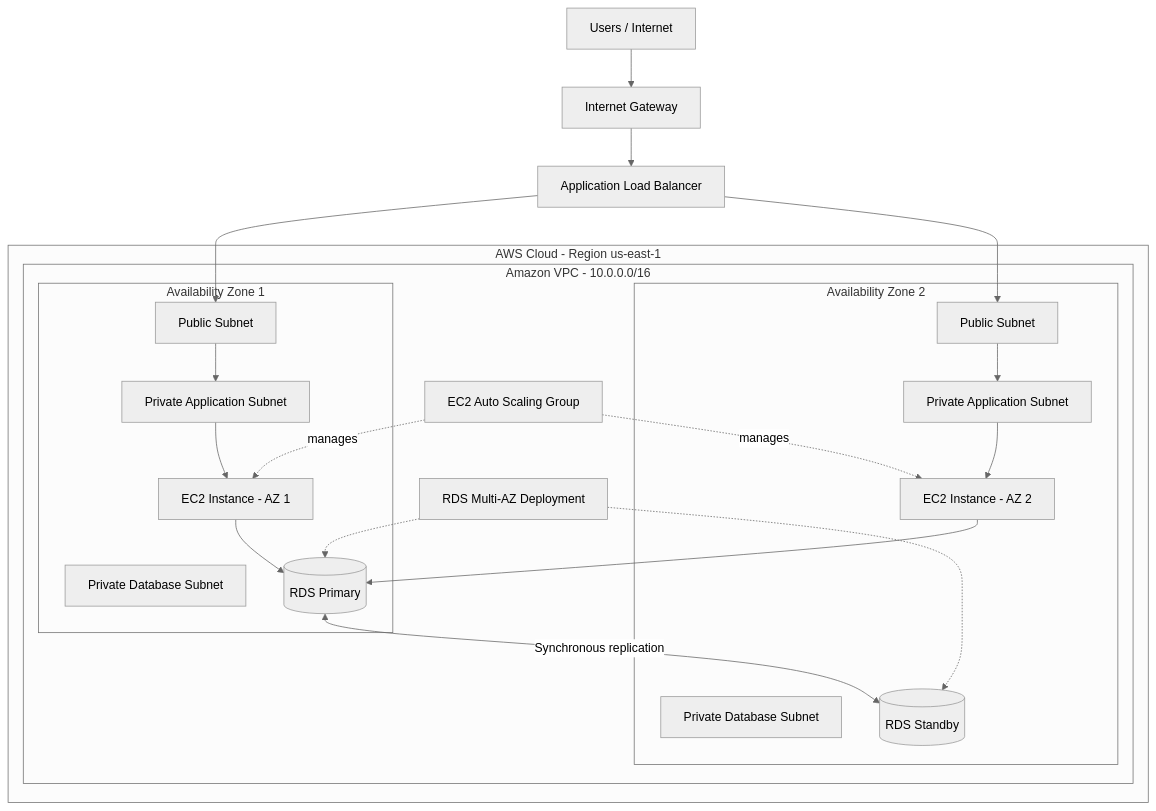
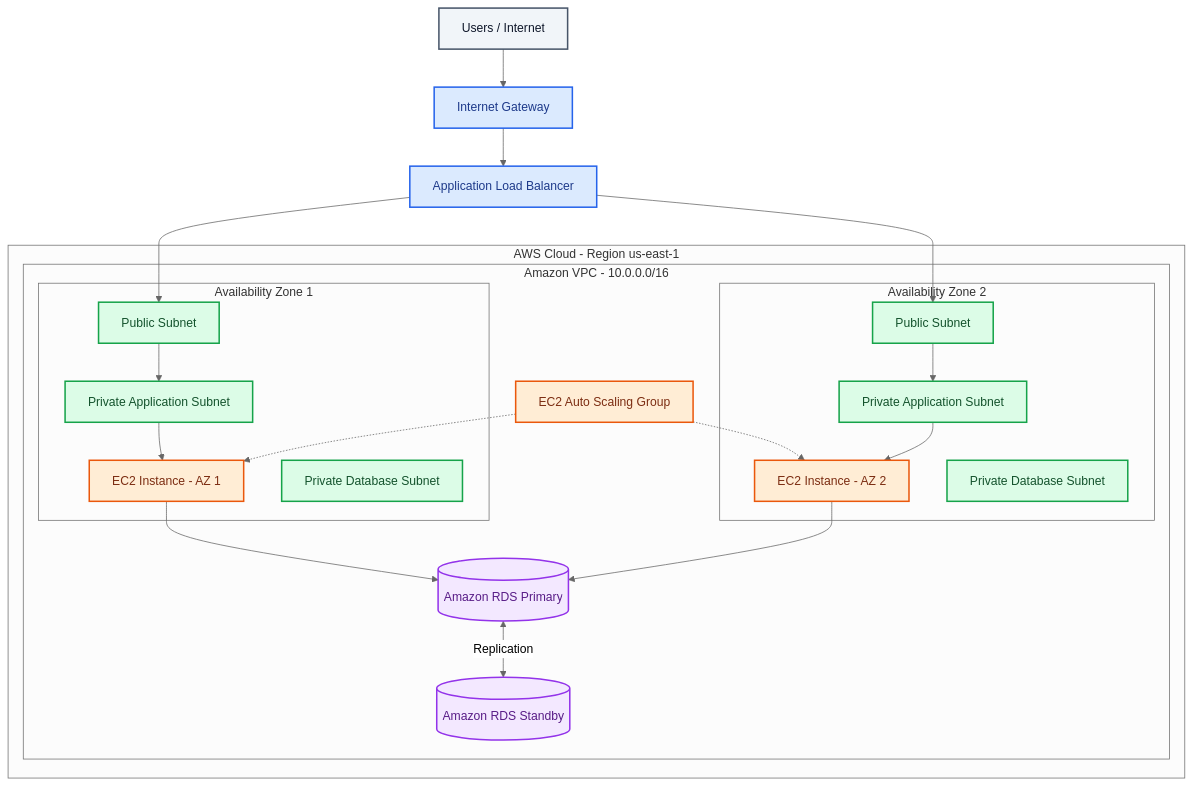
Before and after one commit to MuraliPuli/aws-three-tier-web-architecture: the diagram in architecture.mmd, drawn with Mermaid (neutral theme).

Commit message:
Improve AWS three-tier architecture diagram

```diff
--- a/architecture.mmd
+++ b/architecture.mmd
@@ -1,47 +1,52 @@
 
 flowchart TB
-    User["Users / Internet"]
+    U["Users / Internet"]
     IGW["Internet Gateway"]
     ALB["Application Load Balancer"]
 
     subgraph AWS["AWS Cloud - Region us-east-1"]
-        subgraph VPC["Amazon VPC - 10.0.0.0/16"]
+      subgraph VPC["Amazon VPC - 10.0.0.0/16"]
+        subgraph AZ1["Availability Zone 1"]
+          P1["Public Subnet"]
+          A1["Private Application Subnet"]
+          E1["EC2 Instance - AZ 1"]
+          D1["Private Database Subnet"]
+        end
 
-            subgraph AZ1["Availability Zone 1"]
-                PUB1["Public Subnet"]
-                APP1["Private Application Subnet"]
-                EC2A["EC2 Instance - AZ 1"]
-                DB1["Private Database Subnet"]
-                RDS1[("RDS Primary")]
-            end
+        subgraph AZ2["Availability Zone 2"]
+          P2["Public Subnet"]
+          A2["Private Application Subnet"]
+          E2["EC2 Instance - AZ 2"]
+          D2["Private Database Subnet"]
+        end
 
-            subgraph AZ2["Availability Zone 2"]
-                PUB2["Public Subnet"]
-                APP2["Private Application Subnet"]
-                EC2B["EC2 Instance - AZ 2"]
-                DB2["Private Database Subnet"]
-                RDS2[("RDS Standby")]
-            end
-
-            ASG["EC2 Auto Scaling Group"]
-            DBGROUP["RDS Multi-AZ Deployment"]
-        end
+        ASG["EC2 Auto Scaling Group"]
+        RDS1[("Amazon RDS Primary")]
+        RDS2[("Amazon RDS Standby")]
+      end
     end
 
-    User --> IGW
-    IGW --> ALB
-    ALB --> PUB1
-    ALB --> PUB2
-    PUB1 --> APP1
-    PUB2 --> APP2
-    APP1 --> EC2A
-    APP2 --> EC2B
+    U --> IGW --> ALB
+    ALB --> P1
+    ALB --> P2
+    P1 --> A1
+    P2 --> A2
+    A1 --> E1
+    A2 --> E2
+    ASG -.-> E1
+    ASG -.-> E2
+    E1 --> RDS1
+    E2 --> RDS1
+    RDS1 <-->|Replication| RDS2
 
-    ASG -. manages .-> EC2A
-    ASG -. manages .-> EC2B
+    classDef network fill:#dbeafe,stroke:#2563eb,color:#1e3a8a,stroke-width:2px
+    classDef subnet fill:#dcfce7,stroke:#16a34a,color:#14532d,stroke-width:2px
+    classDef compute fill:#ffedd5,stroke:#ea580c,color:#7c2d12,stroke-width:2px
+    classDef database fill:#f3e8ff,stroke:#9333ea,color:#581c87,stroke-width:2px
+    classDef users fill:#f1f5f9,stroke:#475569,color:#0f172a,stroke-width:2px
 
-    EC2A --> RDS1
-    EC2B --> RDS1
-    DBGROUP -.-> RDS1
-    DBGROUP -.-> RDS2
-    RDS1 <-->|Synchronous replication| RDS2
+    class U users
+    class IGW,ALB network
+    class P1,P2,A1,A2,D1,D2 subnet
+    class E1,E2,ASG compute
+    class RDS1,RDS2 database
```
